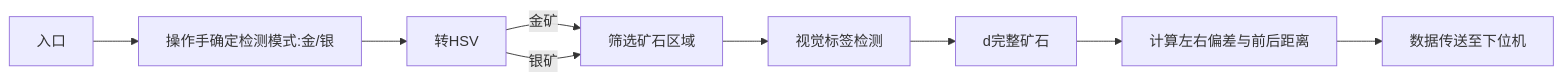
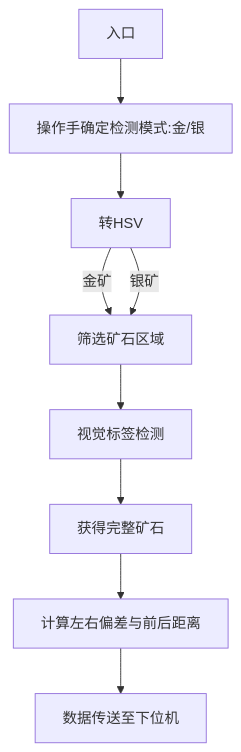
The diagram in README.md (pesionzhao/Engineer_Vision), drawn with Mermaid before and after one commit.

````diff
--- a/README.md
+++ b/README.md
@@ -53,5 +53,6 @@
  ```mermaid
- graph LR
-     入口-->操作手确定检测模式:金/银-->转HSV-->|金矿|筛选矿石区域-->视觉标签检测-->d完整矿石-->计算左右偏差与前后距离-->数据传送至下位机;
+ graph TD
+     入口-->操作手确定检测模式:金/银-->转HSV-->|金矿|筛选矿石区域-->视觉标签检测-->获得完整矿石-->计算左右偏差与前后距离-->数据传送至下位机
      转HSV-->|银矿| 筛选矿石区域
+ 
  ```
````
